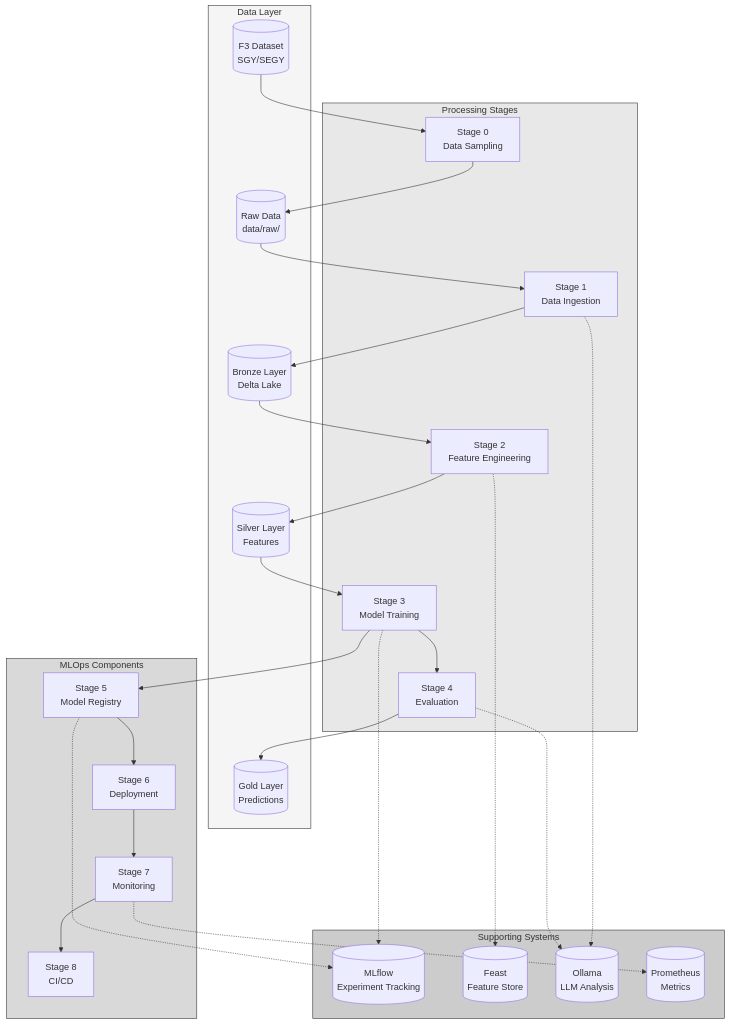
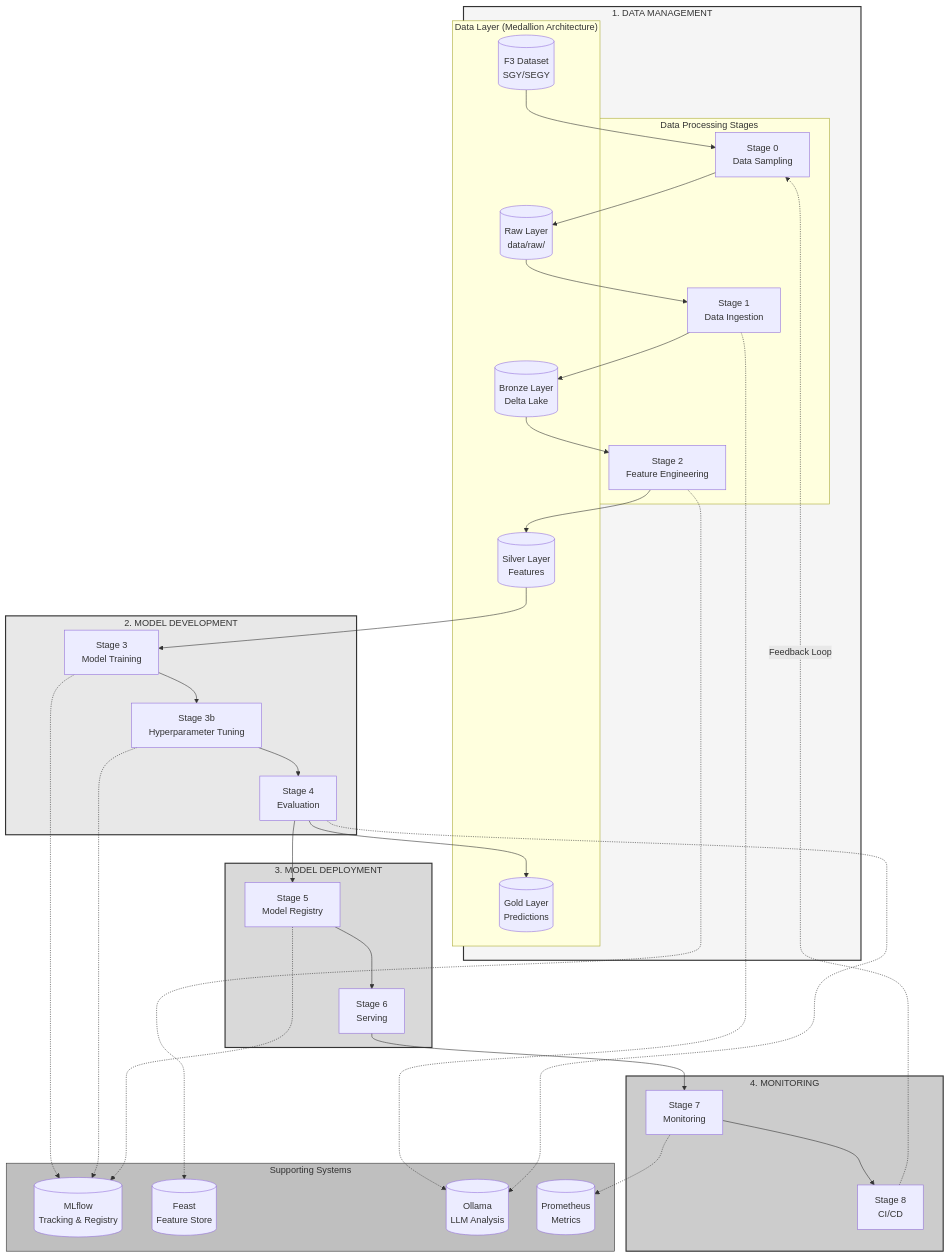
The second of 11 diagrams in PROJECT_DESCRIPTION.md (vospr/seismic-mlops-pipeline), drawn with Mermaid before and after one commit. The commit also changed other lines of this file, not shown here.

Commit message:
Add MLOps process framework, data source details, and ML model prediction results to PROJECT_DESCRIPTION.md

````diff
--- a/PROJECT_DESCRIPTION.md
+++ b/PROJECT_DESCRIPTION.md
@@ -36,47 +128,61 @@
 ```mermaid
 flowchart TB
-    subgraph DataLayer["Data Layer"]
-        F3[("F3 Dataset<br/>SGY/SEGY")]
-        RAW[("Raw Data<br/>data/raw/")]
-        BRONZE[("Bronze Layer<br/>Delta Lake")]
-        SILVER[("Silver Layer<br/>Features")]
-        GOLD[("Gold Layer<br/>Predictions")]
+    subgraph DataManagement["1. DATA MANAGEMENT"]
+        subgraph DataLayer["Data Layer (Medallion Architecture)"]
+            F3[("F3 Dataset<br/>SGY/SEGY")]
+            RAW[("Raw Layer<br/>data/raw/")]
+            BRONZE[("Bronze Layer<br/>Delta Lake")]
+            SILVER[("Silver Layer<br/>Features")]
+            GOLD[("Gold Layer<br/>Predictions")]
+        end
+        
+        subgraph DataStages["Data Processing Stages"]
+            S0["Stage 0<br/>Data Sampling"]
+            S1["Stage 1<br/>Data Ingestion"]
+            S2["Stage 2<br/>Feature Engineering"]
+        end
     end
     
-    subgraph ProcessingStages["Processing Stages"]
-        S0["Stage 0<br/>Data Sampling"]
-        S1["Stage 1<br/>Data Ingestion"]
-        S2["Stage 2<br/>Feature Engineering"]
+    subgraph ModelDevelopment["2. MODEL DEVELOPMENT"]
         S3["Stage 3<br/>Model Training"]
+        S3b["Stage 3b<br/>Hyperparameter Tuning"]
         S4["Stage 4<br/>Evaluation"]
     end
     
-    subgraph MLOpsComponents["MLOps Components"]
+    subgraph ModelDeployment["3. MODEL DEPLOYMENT"]
         S5["Stage 5<br/>Model Registry"]
-        S6["Stage 6<br/>Deployment"]
+        S6["Stage 6<br/>Serving"]
+    end
+    
+    subgraph Monitoring["4. MONITORING"]
         S7["Stage 7<br/>Monitoring"]
         S8["Stage 8<br/>CI/CD"]
     end
     
     subgraph SupportingSystems["Supporting Systems"]
-        MLFLOW[("MLflow<br/>Experiment Tracking")]
+        MLFLOW[("MLflow<br/>Tracking & Registry")]
         FEAST[("Feast<br/>Feature Store")]
         OLLAMA[("Ollama<br/>LLM Analysis")]
         PROM[("Prometheus<br/>Metrics")]
     end
     
-    F3 --> S0 --> RAW --> S1 --> BRONZE --> S2 --> SILVER --> S3 --> S4 --> GOLD
-    S3 --> S5 --> S6 --> S7 --> S8
+    F3 --> S0 --> RAW --> S1 --> BRONZE --> S2 --> SILVER
+    SILVER --> S3 --> S3b --> S4 --> GOLD
+    S4 --> S5 --> S6 --> S7 --> S8
     
     S1 -.-> OLLAMA
     S2 -.-> FEAST
     S3 -.-> MLFLOW
+    S3b -.-> MLFLOW
     S4 -.-> OLLAMA
     S5 -.-> MLFLOW
     S7 -.-> PROM
     
-    style DataLayer fill:#f5f5f5,stroke:#333
-    style ProcessingStages fill:#e8e8e8,stroke:#333
-    style MLOpsComponents fill:#d9d9d9,stroke:#333
-    style SupportingSystems fill:#cccccc,stroke:#333
+    S8 -.->|"Feedback Loop"| S0
+    
+    style DataManagement fill:#f5f5f5,stroke:#333,stroke-width:2px
+    style ModelDevelopment fill:#e8e8e8,stroke:#333,stroke-width:2px
+    style ModelDeployment fill:#d9d9d9,stroke:#333,stroke-width:2px
+    style Monitoring fill:#cccccc,stroke:#333,stroke-width:2px
+    style SupportingSystems fill:#bfbfbf,stroke:#333
 ```
````
